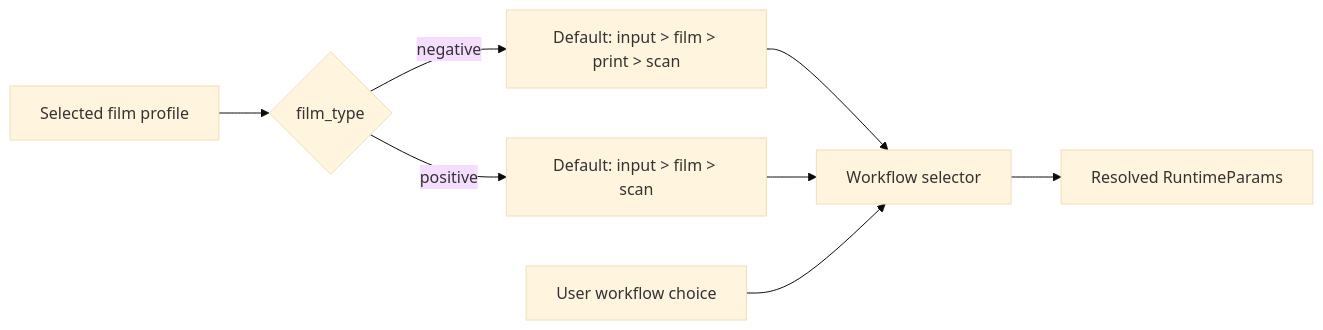
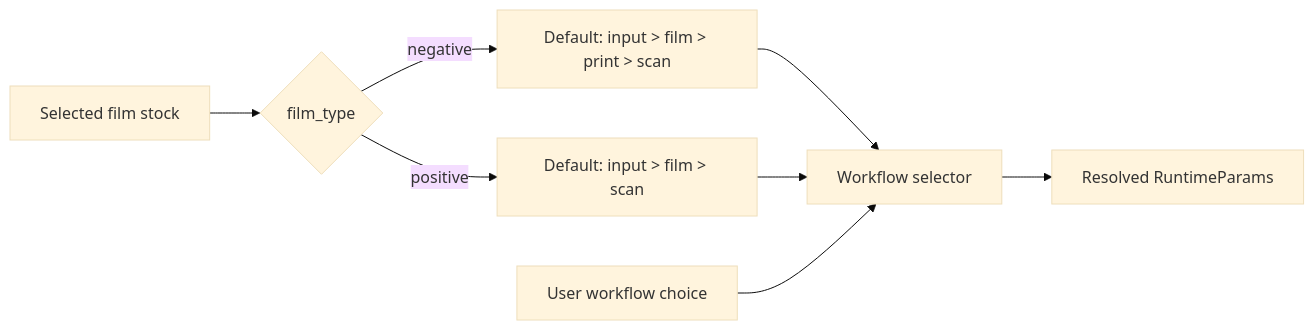
The first of 2 diagrams in specs/presets/spec.md (suraciii/spektrafilm-rs), drawn with Mermaid (base theme) before and after one commit. The commit also changed other lines of this file and 1 other file, not shown here.

````diff
--- a/specs/presets/spec.md
+++ b/specs/presets/spec.md
@@ -69,10 +84,10 @@
 ```mermaid
 flowchart LR
-    F["Selected film profile"] --> T{"film_type"}
+    F["Selected film stock"] --> T{"film_type"}
     T -->|"negative"| N["Default: input > film > print > scan"]
     T -->|"positive"| P["Default: input > film > scan"]
     N --> W["Workflow selector"]
     P --> W
     U["User workflow choice"] --> W
     W --> R["Resolved RuntimeParams"]
 ```
````
